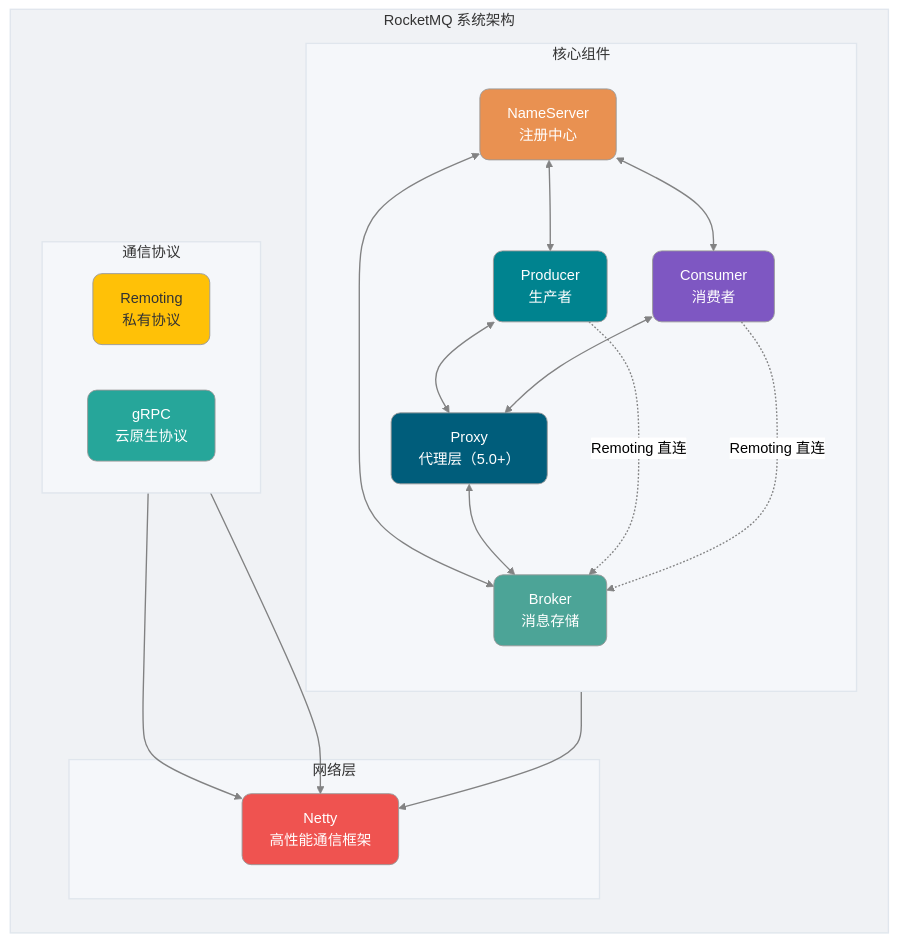
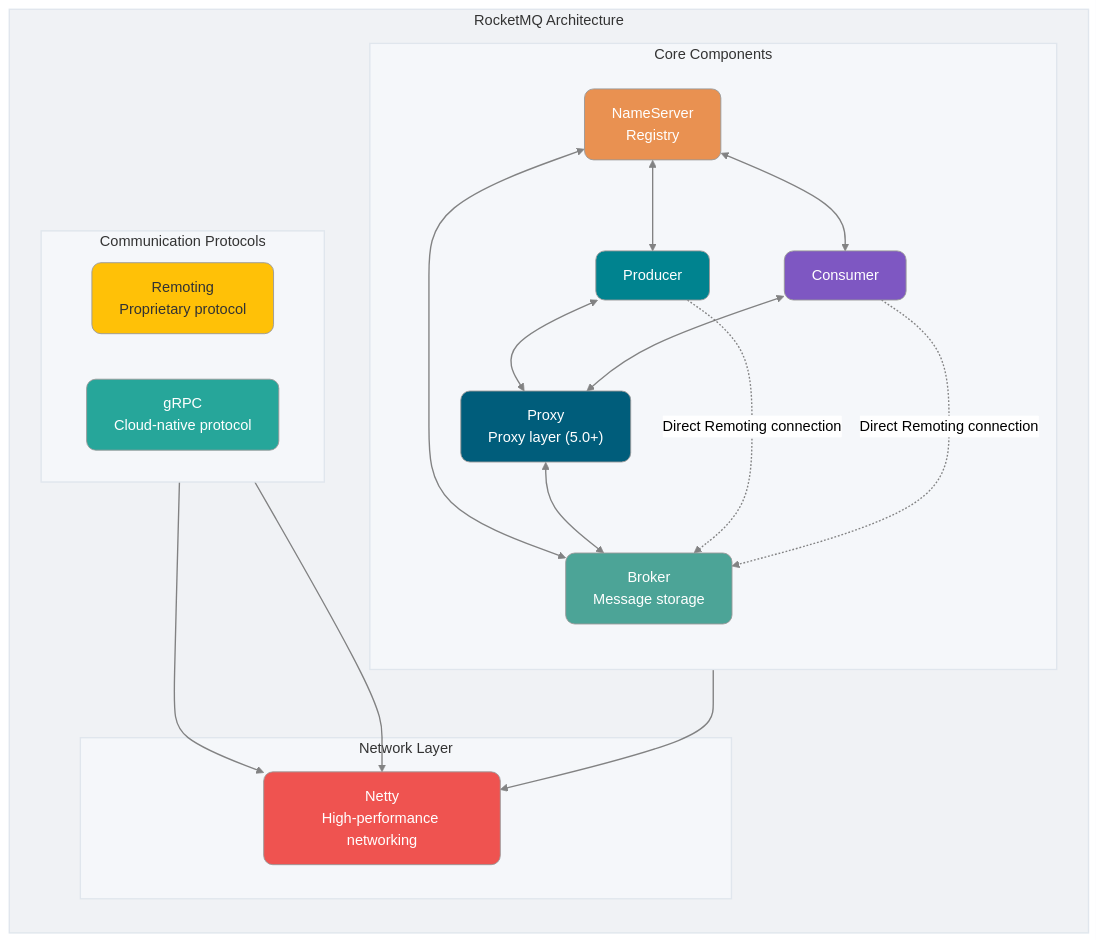
Before and after one commit to m3h3d1/JavaGuideEn: the fifth of 13 diagrams in docs/high-performance/message-queue/rocketmq-questions.md, drawn with Mermaid (neutral theme). The commit also changed other lines of this file and 128 other files, not shown here.

````diff
--- a/docs/high-performance/message-queue/rocketmq-questions.md
+++ b/docs/high-performance/message-queue/rocketmq-questions.md
@@ -349,61 +349,61 @@
 ```mermaid
 flowchart TB
-    subgraph RocketMQ["RocketMQ 系统架构"]
+    subgraph RocketMQ["RocketMQ Architecture"]
         direction TB
         style RocketMQ fill:#F0F2F5,stroke:#E0E6ED,stroke-width:1.5px
 
-        subgraph Components["核心组件"]
+        subgraph Components["Core Components"]
             direction TB
             style Components fill:#F5F7FA,stroke:#E0E6ED,stroke-width:1.5px
-            NS["NameServer<br/>注册中心"]
-            BK["Broker<br/>消息存储"]
-            PX["Proxy<br/>代理层（5.0+）"]
-            PD["Producer<br/>生产者"]
-            CM["Consumer<br/>消费者"]
+            NS["NameServer<br/>Registry"]
+            BK["Broker<br/>Message storage"]
+            PX["Proxy<br/>Proxy layer (5.0+)"]
+            PD["Producer"]
+            CM["Consumer"]
         end
 
-        subgraph Protocol["通信协议"]
+        subgraph Protocol["Communication Protocols"]
             direction LR
             style Protocol fill:#F5F7FA,stroke:#E0E6ED,stroke-width:1.5px
-            RP["Remoting<br/>私有协议"]
-            GP["gRPC<br/>云原生协议"]
+            RP["Remoting<br/>Proprietary protocol"]
+            GP["gRPC<br/>Cloud-native protocol"]
         end
 
-        subgraph Network["网络层"]
+        subgraph Network["Network Layer"]
             style Network fill:#F5F7FA,stroke:#E0E6ED,stroke-width:1.5px
-            NB["Netty<br/>高性能通信框架"]
+            NB["Netty<br/>High-performance networking"]
         end
     end
 
     NS <--> BK
     NS <--> PD
     NS <--> CM
     PD <--> PX
     CM <--> PX
     PX <--> BK
-    PD -.->|Remoting 直连| BK
-    CM -.->|Remoting 直连| BK
+    PD -.->|Direct Remoting connection| BK
+    CM -.->|Direct Remoting connection| BK
     BK --> NB
     RP --> NB
     GP --> NB
 
     classDef ns fill:#E99151,color:#fff,rx:10,ry:10
     classDef broker fill:#4CA497,color:#fff,rx:10,ry:10
     classDef proxy fill:#005D7B,color:#fff,rx:10,ry:10
     classDef producer fill:#00838F,color:#fff,rx:10,ry:10
     classDef consumer fill:#7E57C2,color:#fff,rx:10,ry:10
     classDef remoting fill:#FFC107,color:#333,rx:10,ry:10
     classDef grpc fill:#26A69A,color:#fff,rx:10,ry:10
     classDef netty fill:#EF5350,color:#fff,rx:10,ry:10
 
     class NS ns
     class BK broker
     class PX proxy
     class PD producer
     class CM consumer
     class RP remoting
     class GP grpc
     class NB netty
 
     linkStyle default stroke-width:1.5px,opacity:0.8
 ```
````
